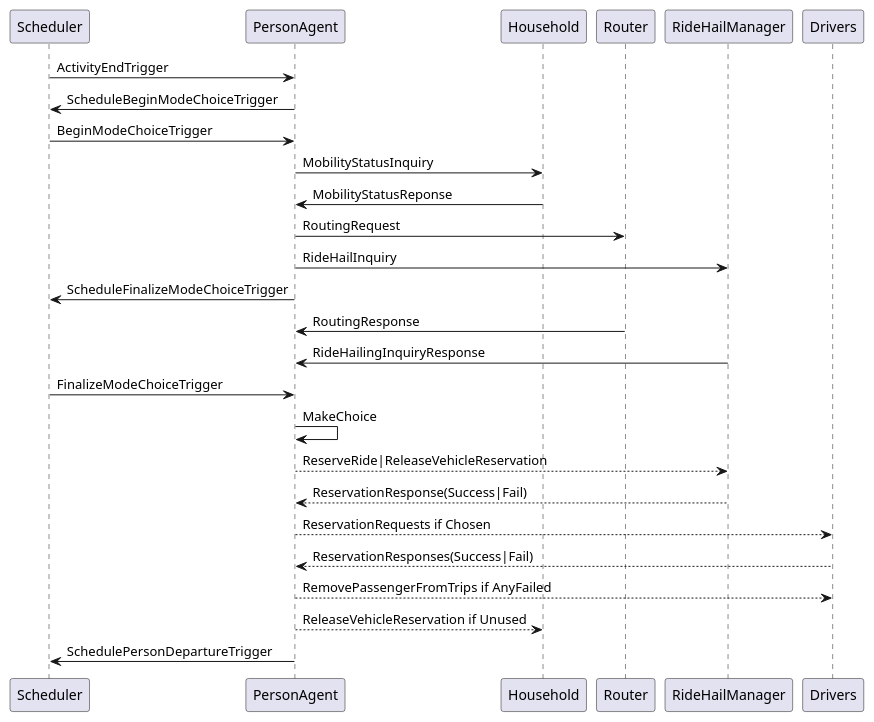
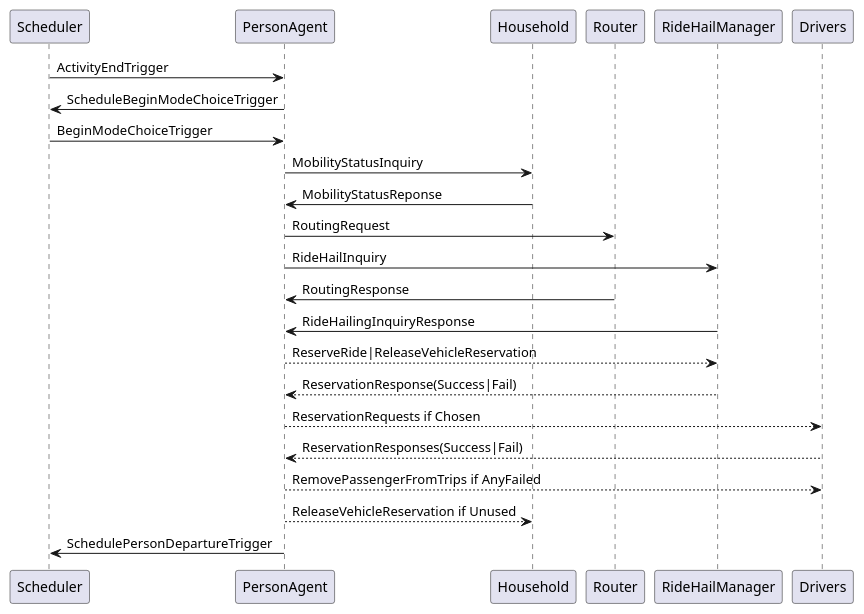
The diagram in docs/uml/ProtocolChoosesMode.puml (LBNL-UCB-STI/beam), drawn with PlantUML before and after one commit. The commit also changed 2 other files, not shown here.

```diff
--- a/docs/uml/ProtocolChoosesMode.puml
+++ b/docs/uml/ProtocolChoosesMode.puml
@@ -1,21 +1,18 @@
 @startuml
 Scheduler -> PersonAgent: ActivityEndTrigger
 PersonAgent -> Scheduler: ScheduleBeginModeChoiceTrigger
 Scheduler -> PersonAgent: BeginModeChoiceTrigger
 PersonAgent -> Household: MobilityStatusInquiry
 Household -> PersonAgent: MobilityStatusReponse
 PersonAgent -> Router: RoutingRequest
 PersonAgent -> RideHailManager: RideHailInquiry
-PersonAgent -> Scheduler: ScheduleFinalizeModeChoiceTrigger
 Router -> PersonAgent: RoutingResponse
 RideHailManager -> PersonAgent: RideHailingInquiryResponse
-Scheduler -> PersonAgent: FinalizeModeChoiceTrigger
-PersonAgent -> PersonAgent: MakeChoice
 PersonAgent --> RideHailManager: ReserveRide|ReleaseVehicleReservation
 RideHailManager --> PersonAgent: ReservationResponse(Success|Fail)
 PersonAgent --> Drivers: ReservationRequests if Chosen
 Drivers --> PersonAgent: ReservationResponses(Success|Fail)
 PersonAgent --> Drivers: RemovePassengerFromTrips if AnyFailed
 PersonAgent --> Household: ReleaseVehicleReservation if Unused
 PersonAgent -> Scheduler: SchedulePersonDepartureTrigger
 @enduml
```
